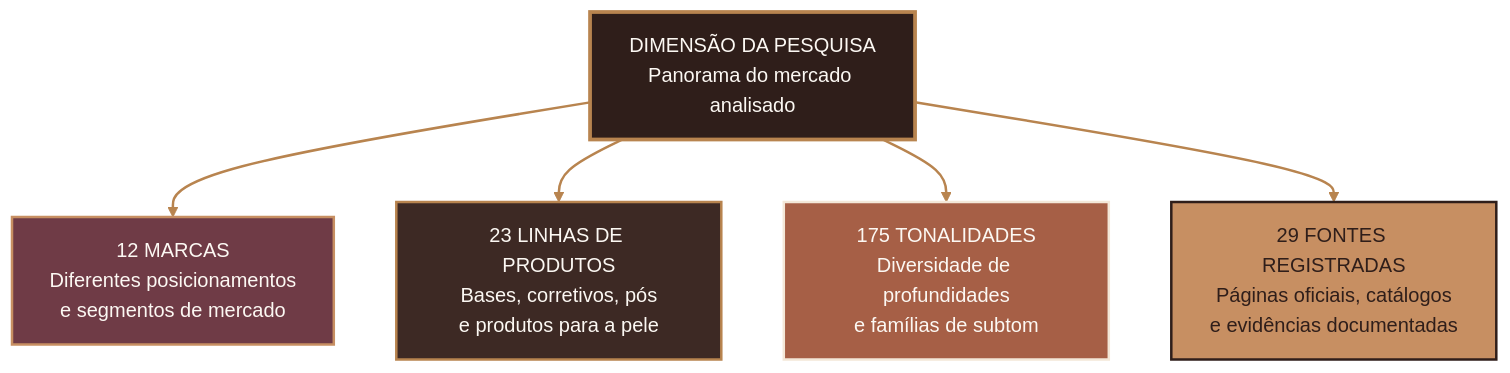
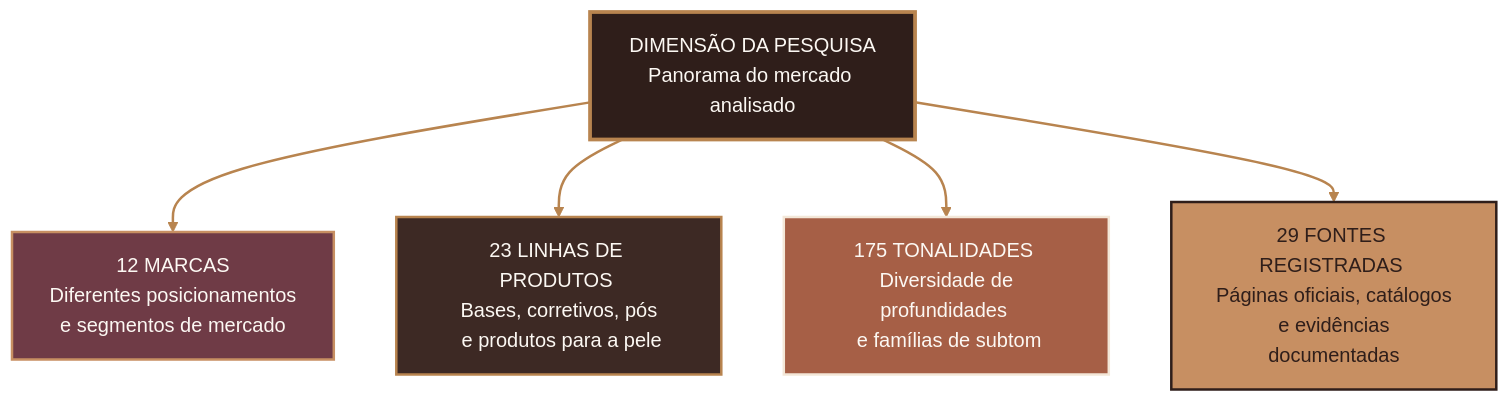
One commit to Projeto-L-Oreal-Paris/Avanco-da-industria-da-maquiagem changed the second of 17 diagrams in README.md. Above: the diagram before and after it, drawn with Mermaid. The commit also changed other lines of this file, not shown here.

````diff
--- a/README.md
+++ b/README.md
@@ -247,26 +247,26 @@
 ```mermaid
 flowchart TB
     P["DIMENSÃO DA PESQUISA<br/>Panorama do mercado analisado"]
 
-    P --> M["12 MARCAS<br/>Diferentes posicionamentos<br/>e segmentos de mercado"]
+    P --> M["12 MARCAS <br/> Diferentes posicionamentos <br/> e segmentos de mercado"]
 
-    P --> L["23 LINHAS DE PRODUTOS<br/>Bases, corretivos, pós<br/>e produtos para a pele"]
+    P --> L["23 LINHAS DE PRODUTOS <br/> Bases, corretivos, pós <br/> e produtos para a pele"]
 
-    P --> T["175 TONALIDADES<br/>Diversidade de profundidades<br/>e famílias de subtom"]
+    P --> T["175 TONALIDADES <br/> Diversidade de profundidades <br/> e famílias de subtom"]
 
-    P --> F["29 FONTES REGISTRADAS<br/>Páginas oficiais, catálogos<br/>e evidências documentadas"]
+    P --> F["29 FONTES REGISTRADAS <br/> Páginas oficiais, catálogos <br/> e evidências documentadas"]
 
     classDef projeto fill:#2F1E1A,stroke:#B8844F,color:#FCF8F3,stroke-width:3px;
     classDef mercado fill:#6F3B46,stroke:#C78F62,color:#FCF8F3,stroke-width:2px;
     classDef produtos fill:#3D2924,stroke:#B8844F,color:#FCF8F3,stroke-width:2px;
     classDef tons fill:#A65F46,stroke:#F3E7D8,color:#FCF8F3,stroke-width:2px;
     classDef fontes fill:#C78F62,stroke:#2F1E1A,color:#2F1E1A,stroke-width:2px;
 
     class P projeto;
     class M mercado;
     class L produtos;
     class T tons;
     class F fontes;
 
     linkStyle default stroke:#B8844F,stroke-width:2px;
 ```
````
